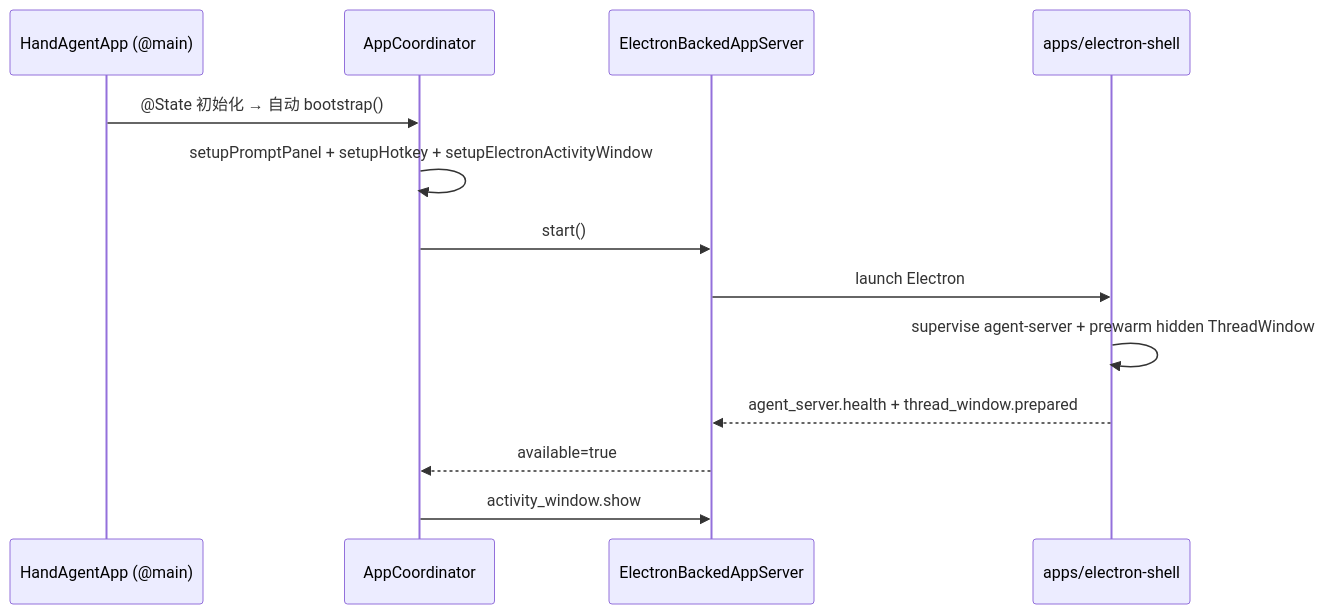
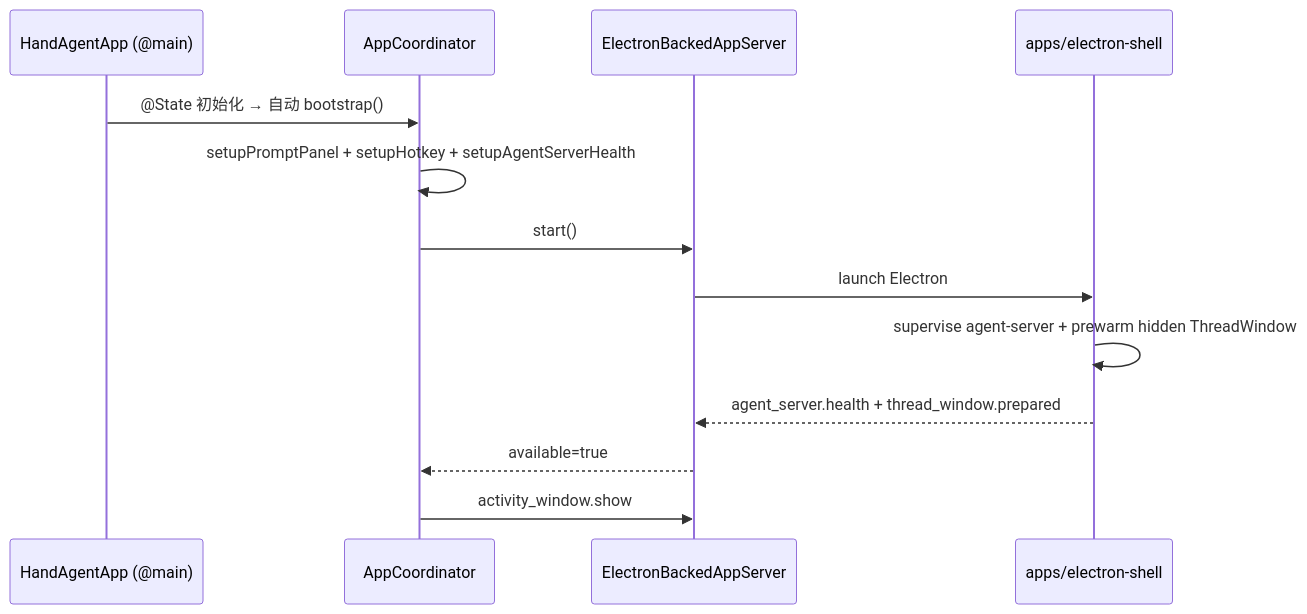
Before and after one commit to Lixuhang987/SpotAgent: the first of 2 diagrams in apps/desktop/desktop.md, drawn with Mermaid. The commit also changed other lines of this file and 12 other files, not shown here.

````diff
--- a/apps/desktop/desktop.md
+++ b/apps/desktop/desktop.md
@@ -60,16 +59,16 @@
 ```mermaid
 sequenceDiagram
   participant App as HandAgentApp (@main)
   participant Coord as AppCoordinator
   participant Electron as ElectronBackedAppServer
   participant Shell as apps/electron-shell
 
   App->>Coord: @State 初始化 → 自动 bootstrap()
-  Coord->>Coord: setupPromptPanel + setupHotkey + setupElectronActivityWindow
+  Coord->>Coord: setupPromptPanel + setupHotkey + setupAgentServerHealth
   Coord->>Electron: start()
   Electron->>Shell: launch Electron
   Shell->>Shell: supervise agent-server + prewarm hidden ThreadWindow
   Shell-->>Electron: agent_server.health + thread_window.prepared
   Electron-->>Coord: available=true
   Coord->>Electron: activity_window.show
 ```
````
